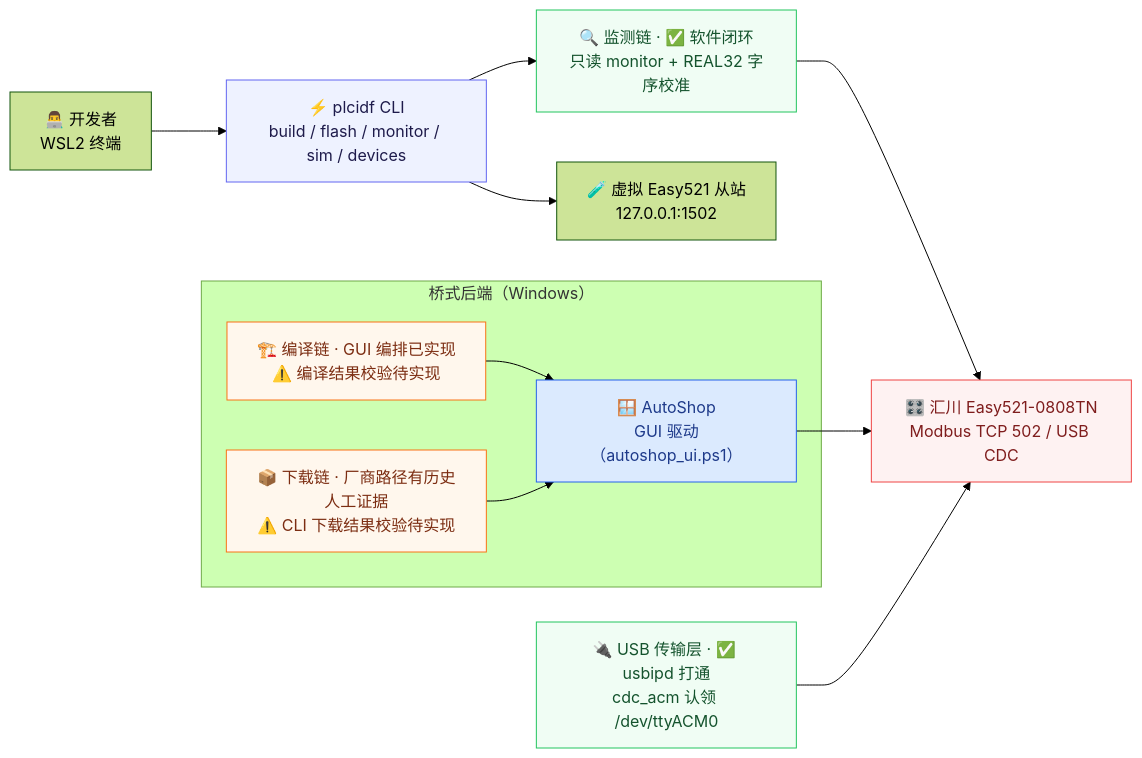
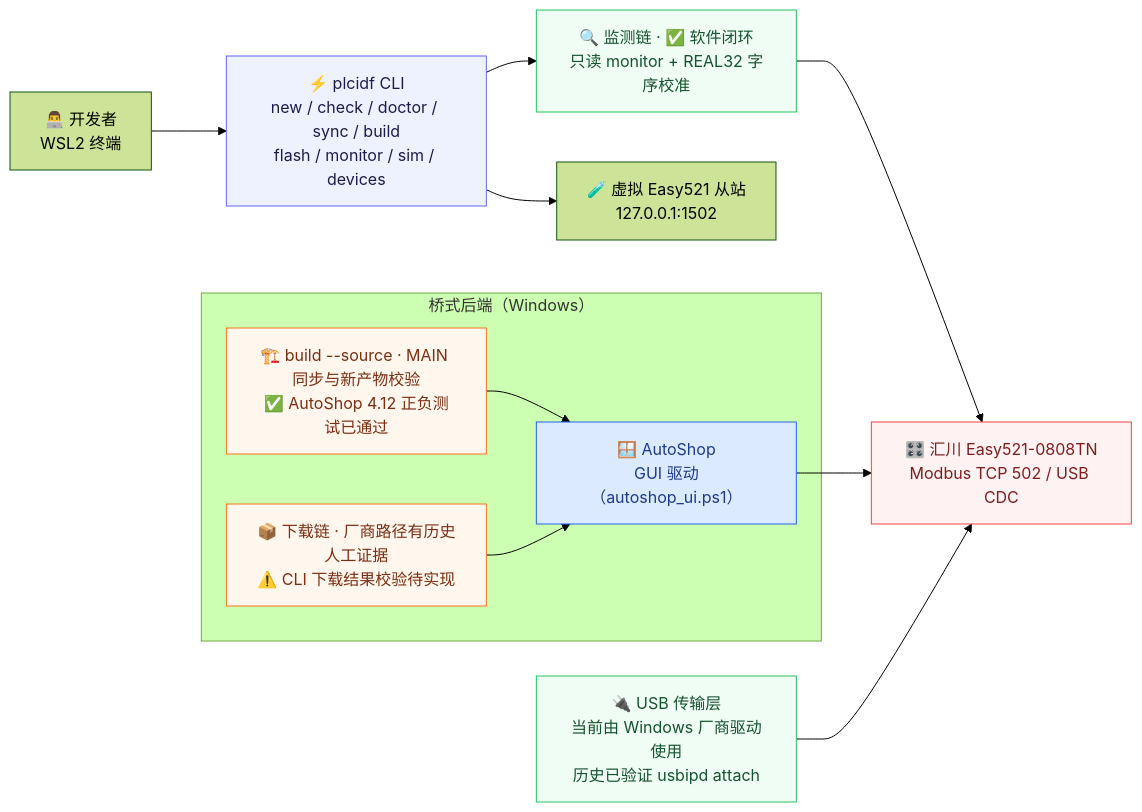
Before and after one commit to BUG423/other-plc-idf: the diagram in README.md, drawn with Mermaid (forest theme). The commit also changed other lines of this file and 172 other files, not shown here.

Commit message:
Deliver text PLC workflow and verified AutoShop builds with live USB evidence

````diff
--- a/README.md
+++ b/README.md
@@ -28,30 +29,30 @@
 ```mermaid
 flowchart LR
-    DEV["👨‍💻 开发者<br/>WSL2 终端"] --> CLI["⚡ plcidf CLI<br/>build / flash / monitor / sim / devices"]
+    DEV["👨‍💻 开发者<br/>WSL2 终端"] --> CLI["⚡ plcidf CLI<br/>new / check / doctor / sync / build<br/>flash / monitor / sim / devices"]
 
     CLI --> SIM["🧪 虚拟 Easy521 从站<br/>127.0.0.1:1502"]
     CLI --> MON["🔍 监测链 · ✅ 软件闭环<br/>只读 monitor + REAL32 字序校准"]
 
     subgraph BRIDGE["桥式后端（Windows）"]
-        BUILD["🏗️ 编译链 · GUI 编排已实现<br/>⚠️ 编译结果校验待实现"]
+        BUILD["🏗️ build --source · MAIN 同步与新产物校验<br/>✅ AutoShop 4.12 正负测试已通过"]
         FLASH["📦 下载链 · 厂商路径有历史人工证据<br/>⚠️ CLI 下载结果校验待实现"]
         AUTO["🪟 AutoShop<br/>GUI 驱动（autoshop_ui.ps1）"]
         BUILD --> AUTO
         FLASH --> AUTO
     end
 
-    USB["🔌 USB 传输层 · ✅ usbipd 打通<br/>cdc_acm 认领 /dev/ttyACM0"]
+    USB["🔌 USB 传输层<br/>当前由 Windows 厂商驱动使用<br/>历史已验证 usbipd attach"]
     HW["🎛️ 汇川 Easy521-0808TN<br/>Modbus TCP 502 / USB CDC"]
 
     MON --> HW
     AUTO --> HW
     USB --> HW
 
     style CLI fill:#eef2ff,stroke:#6366f1,color:#1e1b4b
     style MON fill:#f0fdf4,stroke:#22c55e,color:#14532d
     style USB fill:#f0fdf4,stroke:#22c55e,color:#14532d
     style BUILD fill:#fff7ed,stroke:#f97316,color:#7c2d12
     style FLASH fill:#fff7ed,stroke:#f97316,color:#7c2d12
     style AUTO fill:#dbeafe,stroke:#2563eb,color:#1e3a8a
     style HW fill:#fef2f2,stroke:#ef4444,color:#7f1d1d
 ```
````
